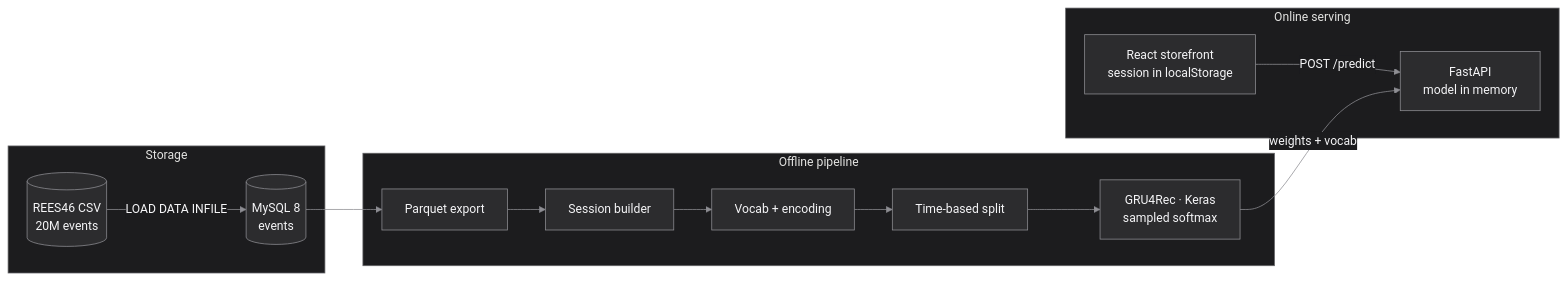
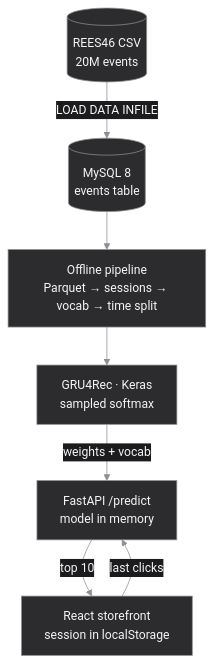
One commit to ahmedali-aihub/ahmedali-aihub changed the second of 4 diagrams in README.md. Above: the diagram before and after it, drawn with Mermaid. The commit also changed other lines of this file, not shown here.

Commit message:
Lay out architecture diagrams top-to-bottom so GitHub's controls never cover a node

````diff
--- a/README.md
+++ b/README.md
@@ -159,15 +159,10 @@
 ```mermaid
 %%{init: {'theme':'base','themeVariables':{'primaryColor':'#2c2c2e','primaryTextColor':'#f5f5f7','primaryBorderColor':'#8e8e93','lineColor':'#8e8e93','textColor':'#f5f5f7','secondaryColor':'#1c1c1e','tertiaryColor':'#1c1c1e','edgeLabelBackground':'#1c1c1e','clusterBkg':'#1c1c1e','clusterBorder':'#636366','fontFamily':'-apple-system,Segoe UI,Helvetica,Arial,sans-serif'}}}%%
-flowchart LR
-  subgraph Storage
-    CSV[("REES46 CSV<br/>20M events")] -- "LOAD DATA INFILE" --> DB[("MySQL 8<br/>events")]
-  end
-  subgraph Offline["Offline pipeline"]
-    PQ["Parquet export"] --> SE["Session builder"] --> VO["Vocab + encoding"] --> SP["Time-based split"] --> TR["GRU4Rec · Keras<br/>sampled softmax"]
-  end
-  subgraph Online["Online serving"]
-    UI["React storefront<br/>session in localStorage"] -- "POST /predict" --> API["FastAPI<br/>model in memory"]
-  end
-  DB --> PQ
-  TR -- "weights + vocab" --> API
+flowchart TB
+  CSV[("REES46 CSV<br/>20M events")] -- "LOAD DATA INFILE" --> DB[("MySQL 8<br/>events table")]
+  DB --> PIPE["Offline pipeline<br/>Parquet → sessions → vocab → time split"]
+  PIPE --> TR["GRU4Rec · Keras<br/>sampled softmax"]
+  TR -- "weights + vocab" --> API["FastAPI /predict<br/>model in memory"]
+  UI["React storefront<br/>session in localStorage"] -- "last clicks" --> API
+  API -- "top 10" --> UI
 ```
````
